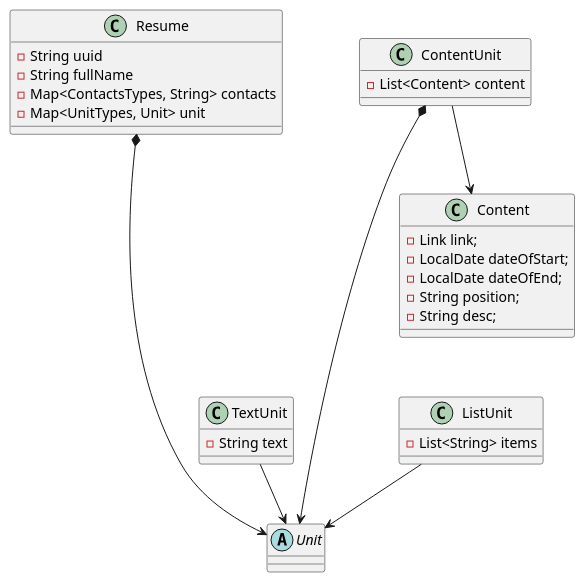
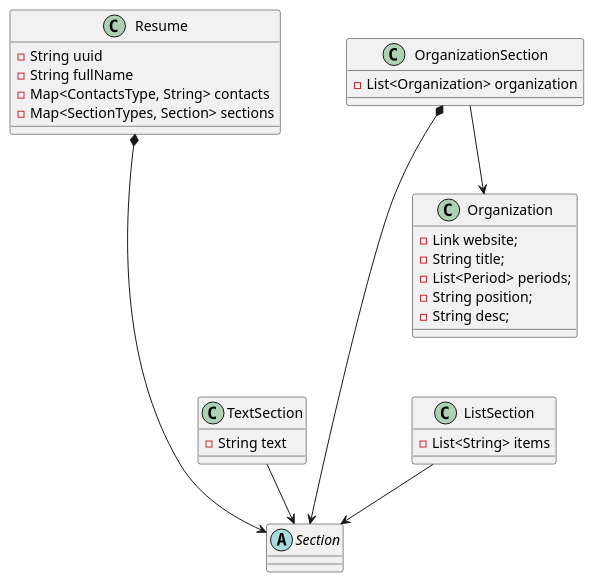
The diagram in src/com/basejava/webapp/model/DomainObject.puml (areal1ty/basejava), drawn with PlantUML before and after one commit. The commit also changed 15 other files, not shown here.

```diff
--- a/src/com/basejava/webapp/model/DomainObject.puml
+++ b/src/com/basejava/webapp/model/DomainObject.puml
@@ -1,36 +1,36 @@
 @startuml
 'https://plantuml.com/class-diagram
 
-abstract class Unit
+abstract class Section
 class Resume {
 -String uuid
 -String fullName
--Map<ContactsTypes, String> contacts
--Map<UnitTypes, Unit> unit
+-Map<ContactsType, String> contacts
+-Map<SectionTypes, Section> sections
 }
 
-class Content {
-    - Link link;
-    - LocalDate dateOfStart;
-    - LocalDate dateOfEnd;
+class Organization {
+    - Link website;
+    - String title;
+    - List<Period> periods;
     - String position;
     - String desc;
 }
 
-class TextUnit {
+class TextSection {
 -String text
 }
-class ContentUnit {
--List<Content> content
+class OrganizationSection {
+-List<Organization> organization
 }
-class ListUnit {
+class ListSection {
 -List<String> items
 }
 
-TextUnit --> Unit
-ContentUnit *----> Unit
-ListUnit --> Unit
-Resume *----> Unit
-ContentUnit --> Content
+TextSection --> Section
+OrganizationSection *----> Section
+ListSection --> Section
+Resume *----> Section
+OrganizationSection --> Organization
 
 @enduml
```
